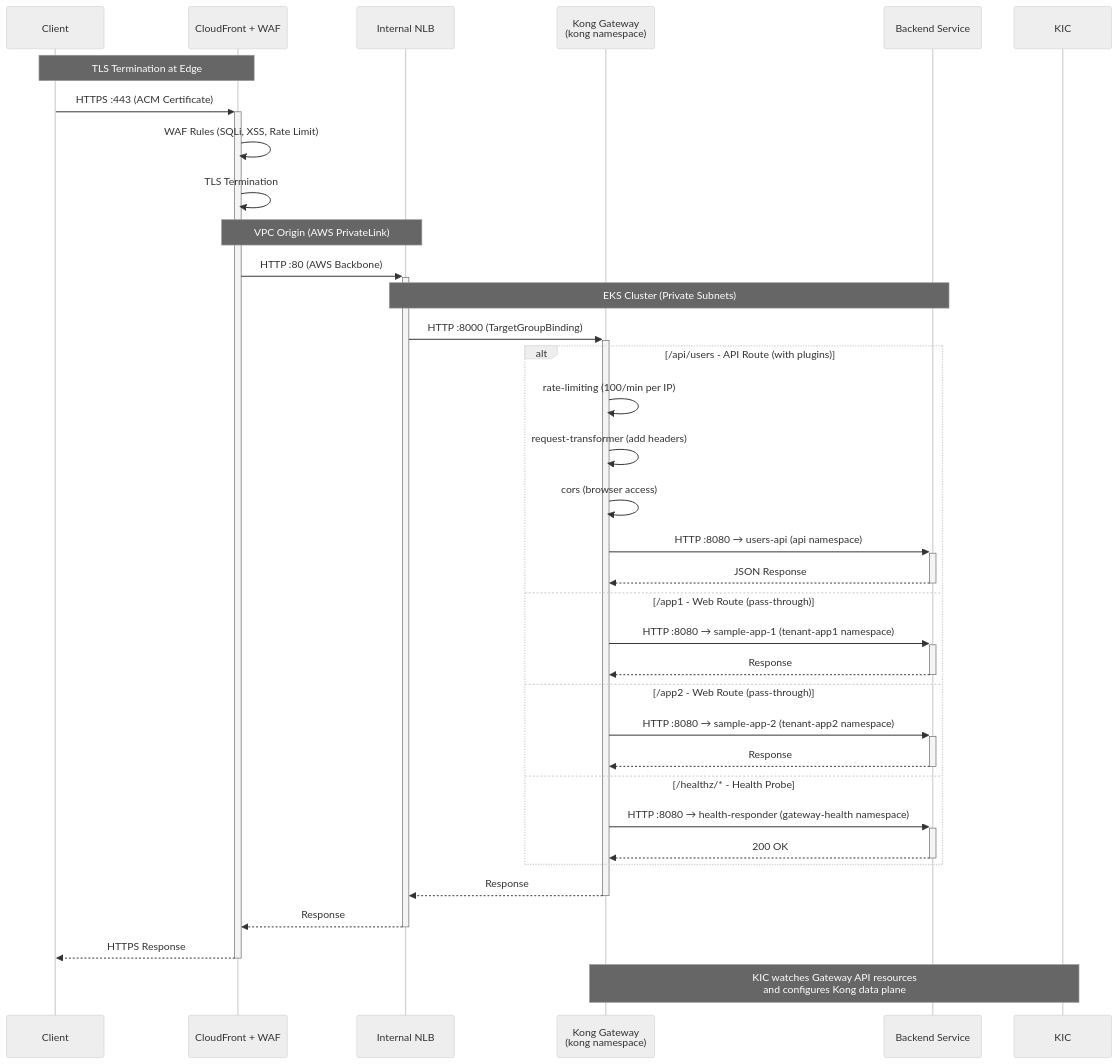
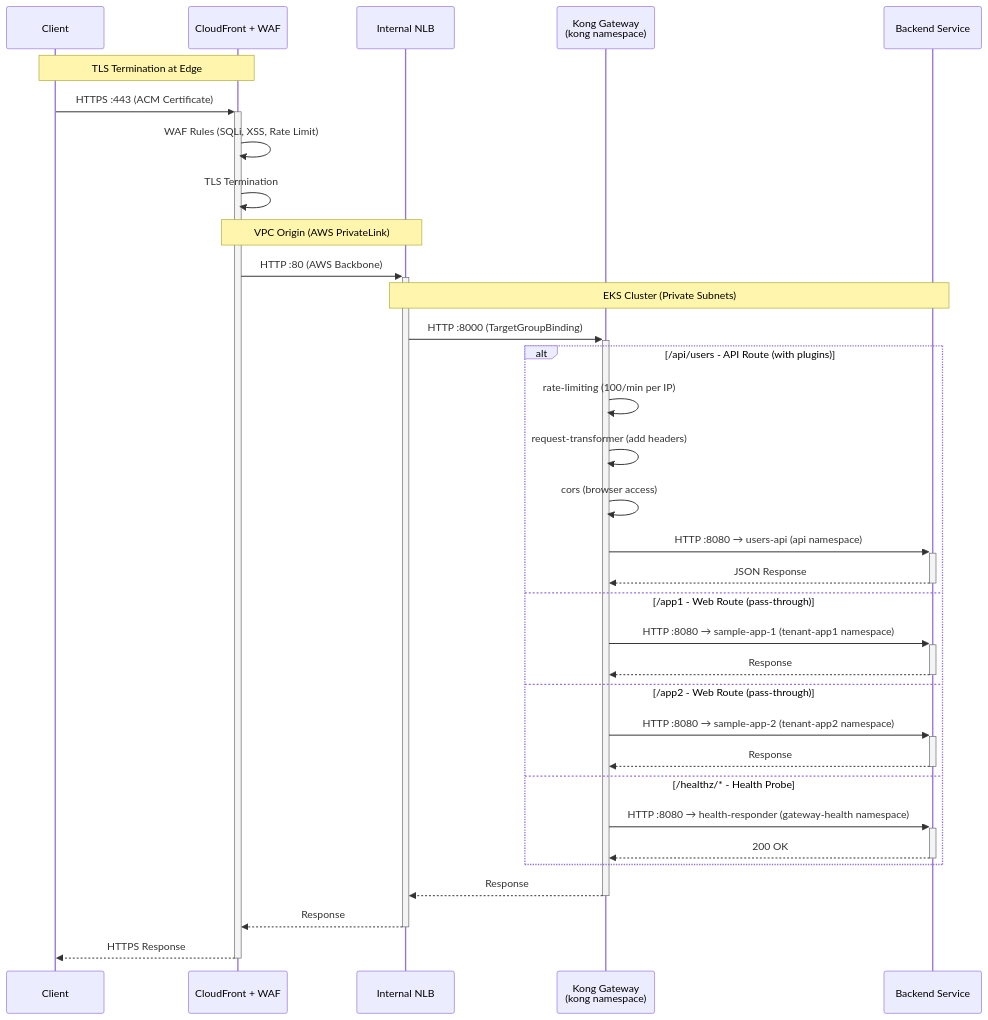
One commit to shanaka-versent/EKS-Kong-GatewayAPI-Demo changed the fourth of 12 diagrams in README.md. Above: the diagram before and after it, drawn with Mermaid.

Commit message:
Use default Mermaid color scheme for sequence diagram

````diff
--- a/README.md
+++ b/README.md
@@ -217,43 +217,40 @@
 ```mermaid
-%%{init: {'theme': 'neutral'}}%%
 sequenceDiagram
     participant Client
     participant CF as CloudFront + WAF
     participant NLB as Internal NLB
     participant Kong as Kong Gateway<br/>(kong namespace)
     participant App as Backend Service
 
     Note over Client,CF: TLS Termination at Edge
     Client->>+CF: HTTPS :443 (ACM Certificate)
     CF->>CF: WAF Rules (SQLi, XSS, Rate Limit)
     CF->>CF: TLS Termination
 
     Note over CF,NLB: VPC Origin (AWS PrivateLink)
     CF->>+NLB: HTTP :80 (AWS Backbone)
 
     Note over NLB,App: EKS Cluster (Private Subnets)
     NLB->>+Kong: HTTP :8000 (TargetGroupBinding)
 
     alt /api/users - API Route (with plugins)
         Kong->>Kong: rate-limiting (100/min per IP)
         Kong->>Kong: request-transformer (add headers)
         Kong->>Kong: cors (browser access)
         Kong->>+App: HTTP :8080 → users-api (api namespace)
         App-->>-Kong: JSON Response
     else /app1 - Web Route (pass-through)
         Kong->>+App: HTTP :8080 → sample-app-1 (tenant-app1 namespace)
         App-->>-Kong: Response
     else /app2 - Web Route (pass-through)
         Kong->>+App: HTTP :8080 → sample-app-2 (tenant-app2 namespace)
         App-->>-Kong: Response
     else /healthz/* - Health Probe
         Kong->>+App: HTTP :8080 → health-responder (gateway-health namespace)
         App-->>-Kong: 200 OK
     end
 
     Kong-->>-NLB: Response
     NLB-->>-CF: Response
     CF-->>-Client: HTTPS Response
-
-    Note over Kong,KIC: KIC watches Gateway API resources<br/>and configures Kong data plane
 ```
````
